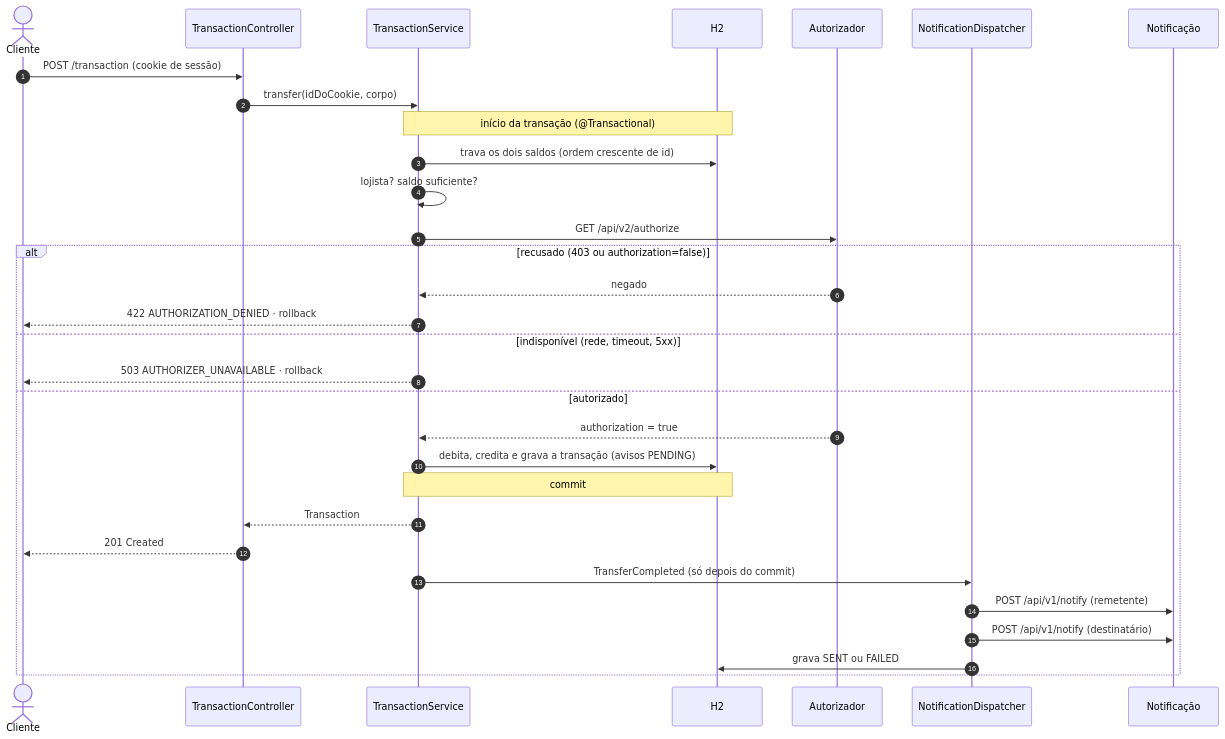
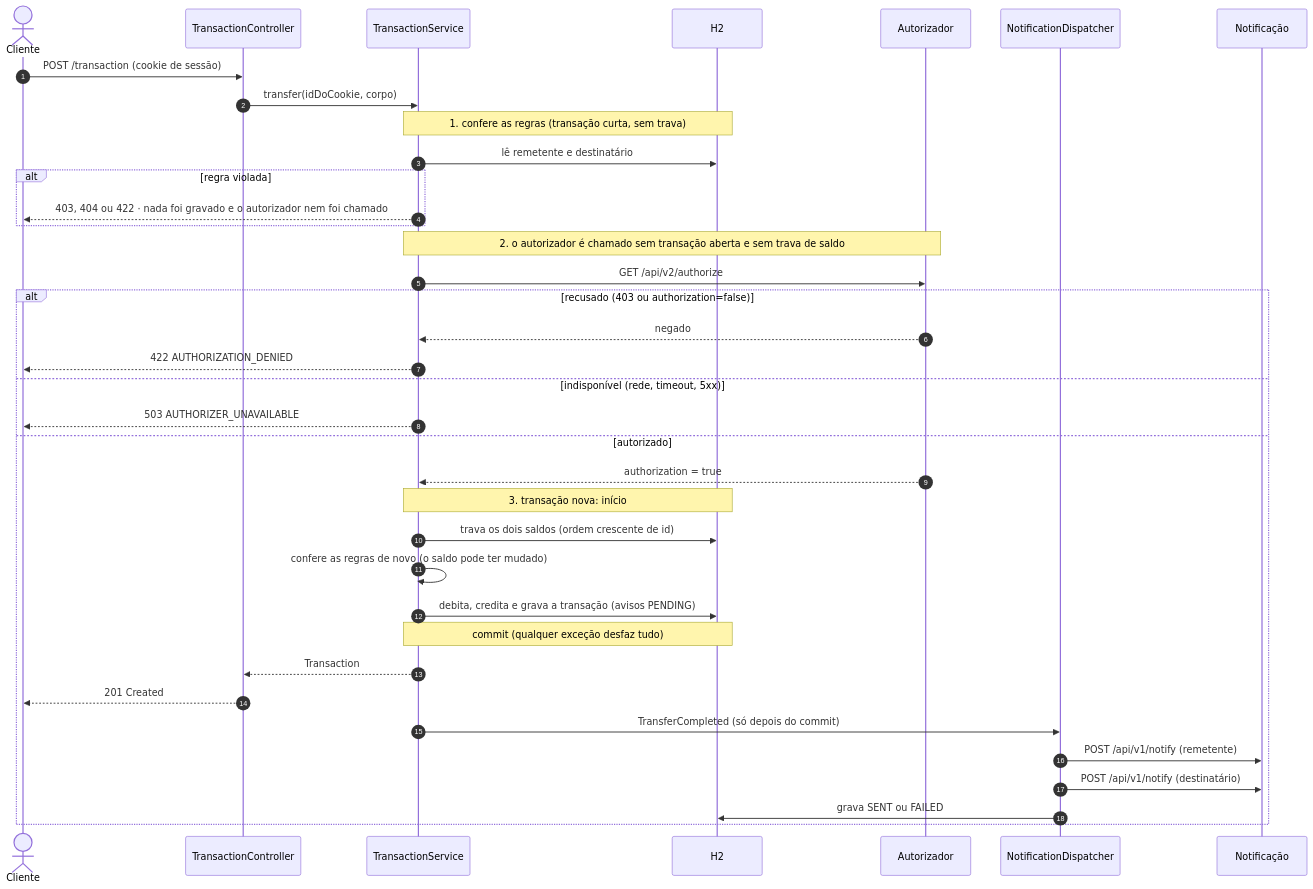
One commit to WhallysonGGDS/Desafio-picpay-quarkus changed the second of 3 diagrams in README.md. Above: the diagram before and after it, drawn with Mermaid. The commit also changed other lines of this file and 2 other files, not shown here.

````diff
--- a/README.md
+++ b/README.md
@@ -213,34 +215,40 @@
 ```mermaid
 sequenceDiagram
     autonumber
     actor C as Cliente
     participant TC as TransactionController
     participant TS as TransactionService
     participant DB as H2
     participant AUT as Autorizador
     participant ND as NotificationDispatcher
     participant NOT as Notificação
 
     C->>TC: POST /transaction (cookie de sessão)
     TC->>TS: transfer(idDoCookie, corpo)
-    Note over TS,DB: início da transação (@Transactional)
-    TS->>DB: trava os dois saldos (ordem crescente de id)
-    TS->>TS: lojista? saldo suficiente?
+    Note over TS,DB: 1. confere as regras (transação curta, sem trava)
+    TS->>DB: lê remetente e destinatário
+    alt regra violada
+        TS-->>C: 403, 404 ou 422 · nada foi gravado e o autorizador nem foi chamado
+    end
+    Note over TS,AUT: 2. o autorizador é chamado sem transação aberta e sem trava de saldo
     TS->>AUT: GET /api/v2/authorize
     alt recusado (403 ou authorization=false)
         AUT-->>TS: negado
-        TS-->>C: 422 AUTHORIZATION_DENIED · rollback
+        TS-->>C: 422 AUTHORIZATION_DENIED
     else indisponível (rede, timeout, 5xx)
-        TS-->>C: 503 AUTHORIZER_UNAVAILABLE · rollback
+        TS-->>C: 503 AUTHORIZER_UNAVAILABLE
     else autorizado
         AUT-->>TS: authorization = true
+        Note over TS,DB: 3. transação nova: início
+        TS->>DB: trava os dois saldos (ordem crescente de id)
+        TS->>TS: confere as regras de novo (o saldo pode ter mudado)
         TS->>DB: debita, credita e grava a transação (avisos PENDING)
-        Note over TS,DB: commit
+        Note over TS,DB: commit (qualquer exceção desfaz tudo)
         TS-->>TC: Transaction
         TC-->>C: 201 Created
         TS->>ND: TransferCompleted (só depois do commit)
         ND->>NOT: POST /api/v1/notify (remetente)
         ND->>NOT: POST /api/v1/notify (destinatário)
         ND->>DB: grava SENT ou FAILED
     end
 ```
````
